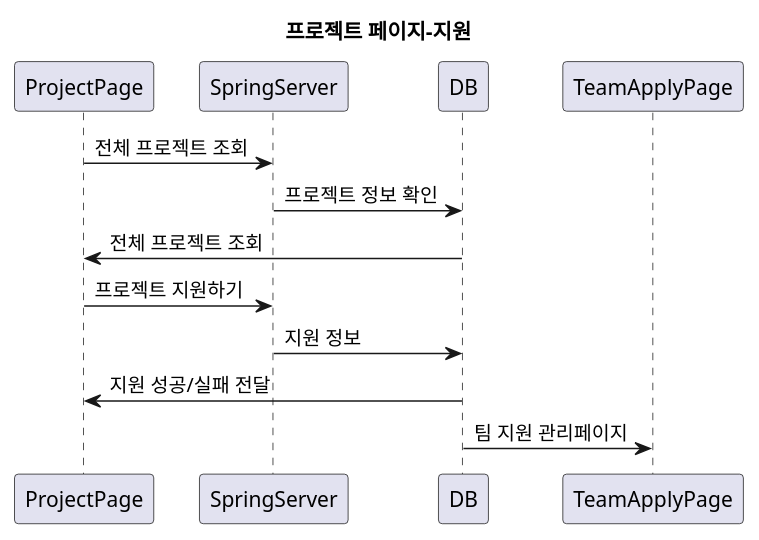
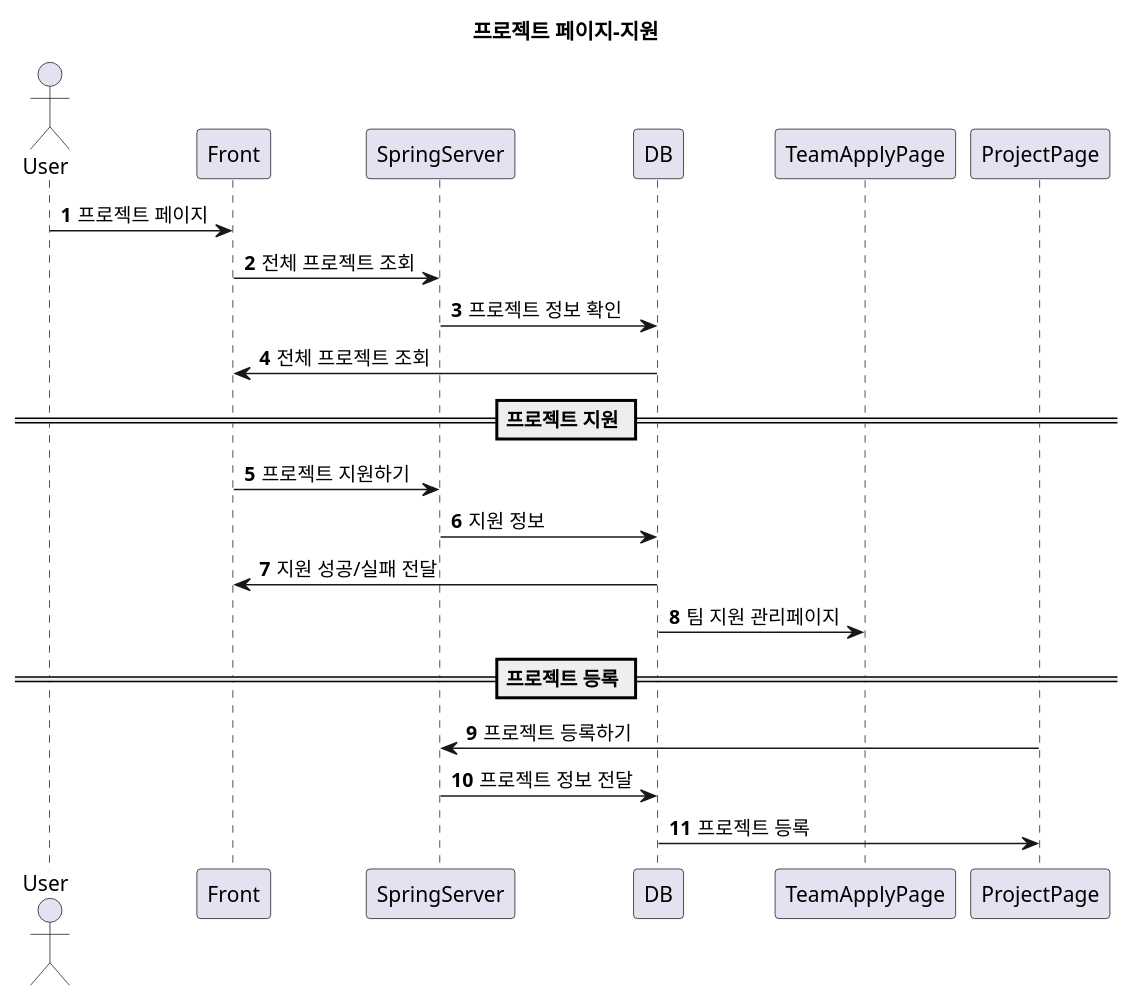
One commit to worldforest/MIT-myitteam changed the seventh of 9 diagrams in frontend/src/views/MIT(SSD).wsd. Above: the diagram before and after it, drawn with PlantUML. The commit also changed other lines of this file, not shown here.

```diff
--- a/frontend/src/views/MIT(SSD).wsd
+++ b/frontend/src/views/MIT(SSD).wsd
@@ -64,10 +88,18 @@
 @startuml
 title 프로젝트 페이지-지원
-ProjectPage->SpringServer:전체 프로젝트 조회
+autonumber
+actor User
+User->Front:프로젝트 페이지
+Front->SpringServer:전체 프로젝트 조회
 SpringServer->DB:프로젝트 정보 확인
-DB->ProjectPage:전체 프로젝트 조회
-ProjectPage->SpringServer:프로젝트 지원하기
+DB->Front:전체 프로젝트 조회
+== 프로젝트 지원 ==
+Front->SpringServer:프로젝트 지원하기
 SpringServer->DB:지원 정보
-DB->ProjectPage:지원 성공/실패 전달
+DB->Front:지원 성공/실패 전달
 DB->TeamApplyPage:팀 지원 관리페이지
+== 프로젝트 등록 ==
+ProjectPage->SpringServer:프로젝트 등록하기
+SpringServer->DB:프로젝트 정보 전달
+DB->ProjectPage:프로젝트 등록 
 @enduml
```
